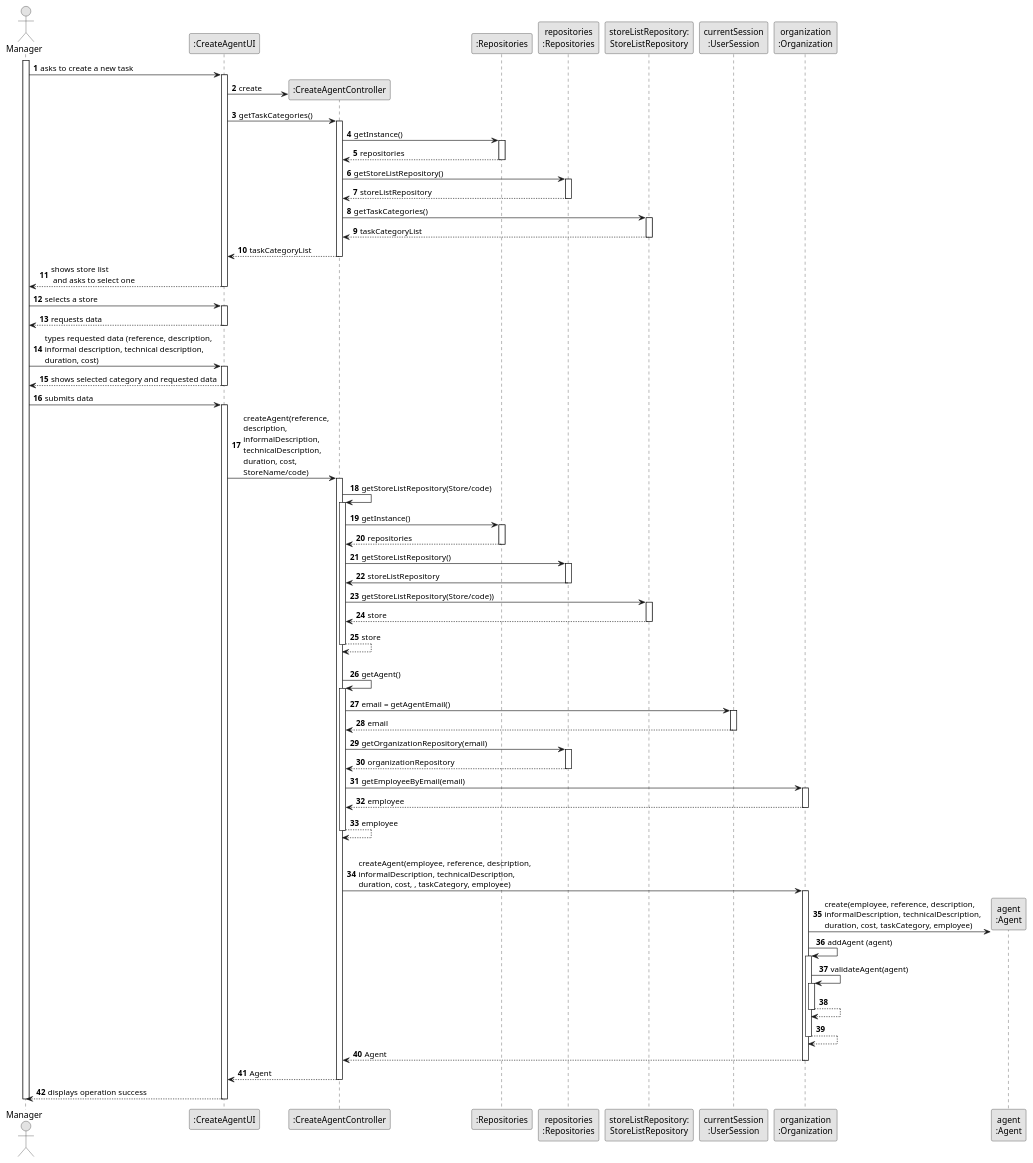
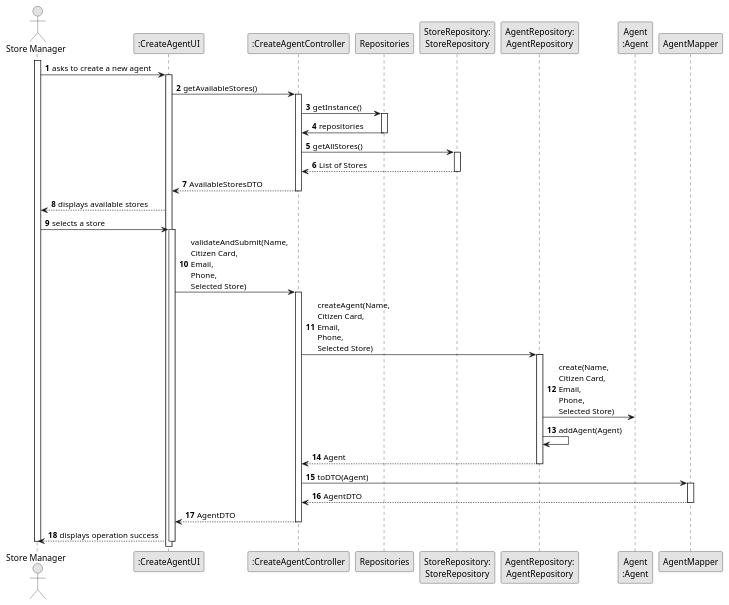
The diagram in PDS - Principios de Desenvolvimento de Software/PDS-Project_/docs/dream-house/global-artifacts/US011/03.design/puml/US011-SD-full.puml (FabioTorresSilva/Java_dotNet), drawn with PlantUML before and after one commit. The commit also changed 67 other files, not shown here.

```diff
--- a/PDS - Principios de Desenvolvimento de Software/PDS-Project_/docs/dream-house/global-artifacts/US011/03.design/puml/US011-SD-full.puml
+++ b/PDS - Principios de Desenvolvimento de Software/PDS-Project_/docs/dream-house/global-artifacts/US011/03.design/puml/US011-SD-full.puml
@@ -1,153 +1,68 @@
 @startuml
 skinparam monochrome true
 skinparam packageStyle rectangle
 skinparam shadowing false
 
 autonumber
 
-'hide footbox
-actor Manager
+actor "Store Manager" as Manager
 participant ":CreateAgentUI" as UI
 participant ":CreateAgentController" as CTRL
-participant ":Repositories" as RepositorySingleton
-participant "repositories\n:Repositories" as PLAT
-participant "storeListRepository:\nStoreListRepository" as StoreListRepository
-
-participant "currentSession\n:UserSession" as SESSAO
-participant "organization\n:Organization" as ORG
-participant "agent\n:Agent" as AGENT
+participant "Repositories" as RepositorySingleton
+participant "StoreRepository:\nStoreRepository" as storeRepository
+participant "AgentRepository:\nAgentRepository" as agentRepository
+participant "Agent\n:Agent" as Agent
+participant "AgentMapper" as mapper
 
 activate Manager
 
-        Manager -> UI : asks to create a new task
-
+        Manager -> UI : asks to create a new agent
         activate UI
 
-'            UI --> Manager : requests data (reference, description,  informal \n description, technical description, duration, cost)
-            'create CTRL
-            UI -> CTRL** : create
+        UI -> CTRL : getAvailableStores()
+        activate CTRL
 
-            UI -> CTRL : getTaskCategories()
-            activate CTRL
+        CTRL -> RepositorySingleton : getInstance()
+        activate RepositorySingleton
 
-                CTRL -> RepositorySingleton : getInstance()
-                activate RepositorySingleton
+        RepositorySingleton -> CTRL : repositories
+        deactivate RepositorySingleton
 
-                    RepositorySingleton --> CTRL: repositories
-                deactivate RepositorySingleton
+        CTRL -> storeRepository : getAllStores()
+        activate storeRepository
 
-                CTRL -> PLAT : getStoreListRepository()
-                activate PLAT
+            storeRepository --> CTRL : List of Stores
+        deactivate storeRepository
 
-                    PLAT --> CTRL: storeListRepository
-                deactivate PLAT
+        CTRL --> UI : AvailableStoresDTO
+    deactivate CTRL
 
-                CTRL -> StoreListRepository : getTaskCategories()
-                activate StoreListRepository
-
-                    StoreListRepository --> CTRL : taskCategoryList
-                deactivate StoreListRepository
-
-                CTRL --> UI : taskCategoryList
-            deactivate CTRL
-
-            UI --> Manager : shows store list\n and asks to select one
-        deactivate UI
+    UI --> Manager : displays available stores
 
     Manager -> UI : selects a store
     activate UI
 
-        UI --> Manager : requests data
-    deactivate UI
-
-    Manager -> UI : types requested data (reference, description, \ninformal description, technical description,\nduration, cost)
-    activate UI
-
-        UI --> Manager : shows selected category and requested data
-    deactivate UI
-
-    Manager -> UI : submits data
-    activate UI
-
-        UI -> CTRL : createAgent(reference,\ndescription,\ninformalDescription,\ntechnicalDescription,\nduration, cost,\nStoreName/code)
+        UI -> CTRL : validateAndSubmit(Name,\nCitizen Card,\nEmail,\nPhone,\nSelected Store)
         activate CTRL
 
-            CTRL -> CTRL : getStoreListRepository(Store/code)
-            activate CTRL
+        CTRL -> agentRepository : createAgent(Name,\nCitizen Card,\nEmail,\nPhone,\nSelected Store)
+        activate agentRepository
 
-                CTRL -> RepositorySingleton : getInstance()
-                activate RepositorySingleton
+            agentRepository -> Agent : create(Name,\nCitizen Card,\nEmail,\nPhone,\nSelected Store)
+            agentRepository -> agentRepository : addAgent(Agent)
+            agentRepository --> CTRL : Agent
+        deactivate agentRepository
 
-                    RepositorySingleton --> CTRL: repositories
-                deactivate RepositorySingleton
+        CTRL -> mapper : toDTO(Agent)
+        activate mapper
+            mapper --> CTRL : AgentDTO
+        deactivate mapper
 
-                CTRL -> PLAT : getStoreListRepository()
-                activate PLAT
+        CTRL --> UI : AgentDTO
+    deactivate CTRL
 
-                    PLAT -> CTRL : storeListRepository
-                deactivate PLAT
-
-                CTRL -> StoreListRepository : getStoreListRepository(Store/code))
-                activate StoreListRepository
-
-                    StoreListRepository --> CTRL : store
-                deactivate StoreListRepository
-                    CTRL --> CTRL : store
-            deactivate CTRL
-
-            |||
-            CTRL -> CTRL : getAgent()
-            activate CTRL
-
-
-                CTRL -> SESSAO: email = getAgentEmail()
-                activate SESSAO
-
-                    SESSAO --> CTRL: email
-                deactivate SESSAO
-
-
-                CTRL -> PLAT: getOrganizationRepository(email)
-                activate PLAT
-
-                    PLAT --> CTRL: organizationRepository
-                deactivate PLAT
-
-                CTRL -> ORG: getEmployeeByEmail(email)
-                activate ORG
-
-                    ORG --> CTRL : employee
-                deactivate ORG
-
-                CTRL --> CTRL : employee
-            deactivate CTRL
-
-            |||
-            CTRL -> ORG: createAgent(employee, reference, description,\ninformalDescription, technicalDescription,\nduration, cost, , taskCategory, employee)
-            activate ORG
-
-                ORG -> AGENT**: create(employee, reference, description,\ninformalDescription, technicalDescription,\nduration, cost, taskCategory, employee)
-                ORG -> ORG: addAgent (agent)
-
-
-                activate ORG
-                    ORG -> ORG: validateAgent(agent)
-                    activate ORG
-                        ORG --> ORG
-                    deactivate ORG
-
-                    ORG --> ORG
-                deactivate ORG
-
-                ORG --> CTRL : Agent
-
-            deactivate ORG
-
-            CTRL --> UI: Agent
-            deactivate CTRL
-            UI --> Manager: displays operation success
-    deactivate UI
+    UI --> Manager : displays operation success
+deactivate UI
 
 deactivate Manager
-
 @enduml
```
